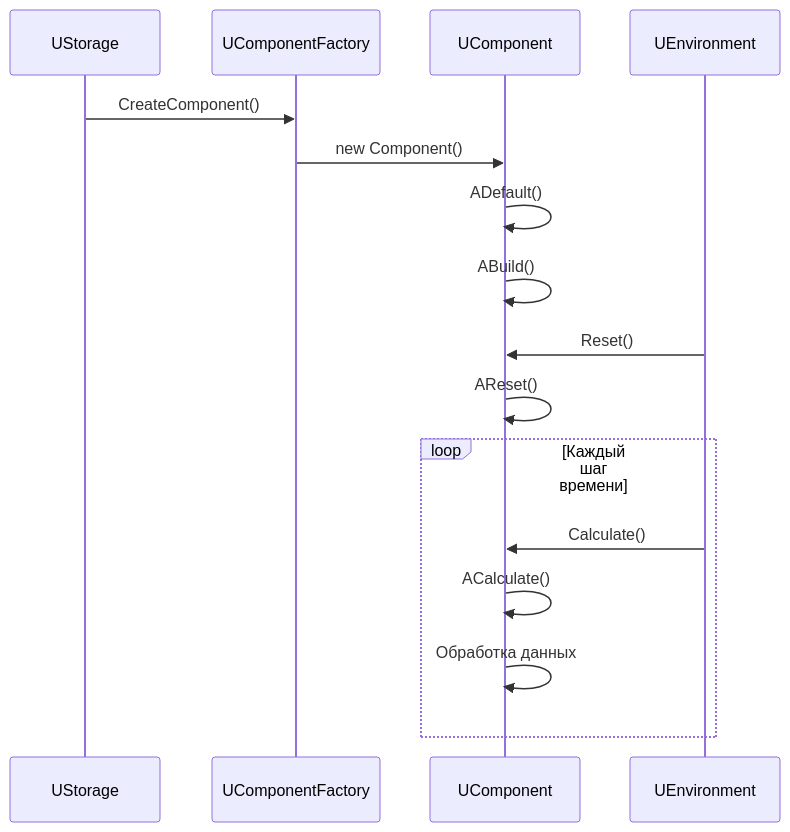
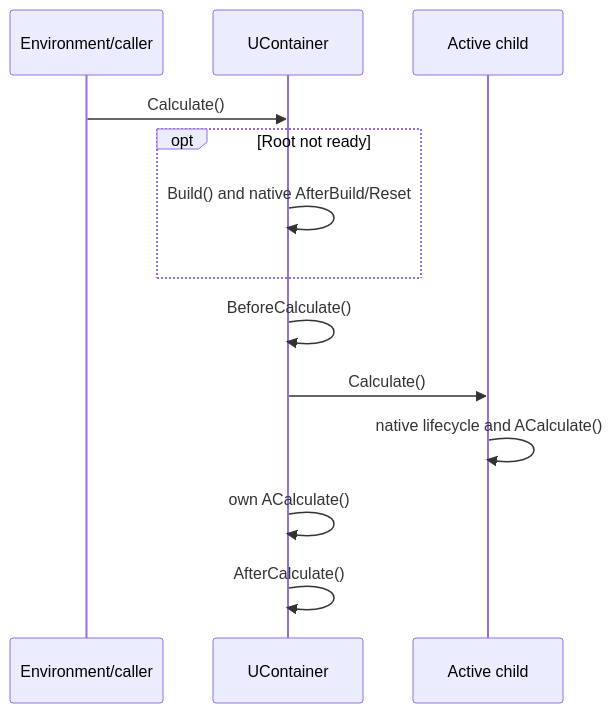
One commit to aicommunity/Rdk changed the diagram in Docs/Diagrams/Component-Lifecycle.md. Above: the diagram before and after it, drawn with Mermaid. The commit also changed other lines of this file and 4 other files, not shown here.

Commit message:
docs: specify native container lifecycle guards and graph ownership

````diff
--- a/Docs/Diagrams/Component-Lifecycle.md
+++ b/Docs/Diagrams/Component-Lifecycle.md
@@ -33,21 +15,15 @@
 ```mermaid
 sequenceDiagram
-    participant Storage as UStorage
-    participant Factory as UComponentFactory
-    participant Component as UComponent
-    participant Env as UEnvironment
-    
-    Storage->>Factory: CreateComponent()
-    Factory->>Component: new Component()
-    Component->>Component: ADefault()
-    Component->>Component: ABuild()
-    
-    Env->>Component: Reset()
-    Component->>Component: AReset()
-    
-    loop Каждый шаг времени
-        Env->>Component: Calculate()
-        Component->>Component: ACalculate()
-        Component->>Component: Обработка данных
+    participant Caller as Environment/caller
+    participant Root as UContainer
+    participant Child as Active child
+    Caller->>Root: Calculate()
+    opt Root not ready
+        Root->>Root: Build() and native AfterBuild/Reset
     end
+    Root->>Root: BeforeCalculate()
+    Root->>Child: Calculate()
+    Child->>Child: native lifecycle and ACalculate()
+    Root->>Root: own ACalculate()
+    Root->>Root: AfterCalculate()
 ```
````
